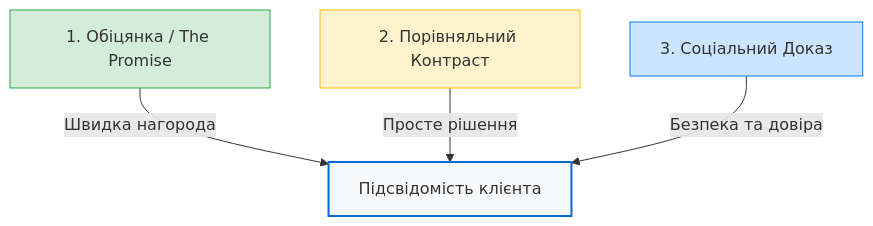
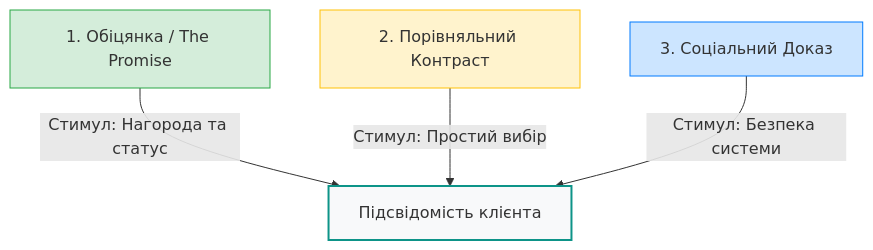
Before and after one commit to heavymetalmax/waste: the first of 2 diagrams in marketing/staff_communication_playbook.md, drawn with Mermaid. The commit also changed other lines of this file, not shown here.

````diff
--- a/marketing/staff_communication_playbook.md
+++ b/marketing/staff_communication_playbook.md
@@ -14,11 +22,11 @@
 ```mermaid
 graph TD
-    A[1. Обіцянка / The Promise] -->|Швидка нагорода| M[Підсвідомість клієнта]
-    B[2. Порівняльний Контраст] -->|Просте рішення| M
-    C[3. Соціальний Доказ] -->|Безпека та довіра| M
+    A[1. Обіцянка / The Promise] -->|Стимул: Нагорода та статус| Brain[Підсвідомість клієнта]
+    B[2. Порівняльний Контраст] -->|Стимул: Простий вибір| Brain
+    C[3. Соціальний Доказ] -->|Стимул: Безпека системи| Brain
     
-    style M fill:#f8f9fa,stroke:#046BD2,stroke-width:2px;
+    style Brain fill:#f8f9fa,stroke:#0d9488,stroke-width:2px;
     style A fill:#d4edda,stroke:#28a745,stroke-width:1px;
     style B fill:#fff3cd,stroke:#ffc107,stroke-width:1px;
     style C fill:#cce5ff,stroke:#007bff,stroke-width:1px;
 ```
````
